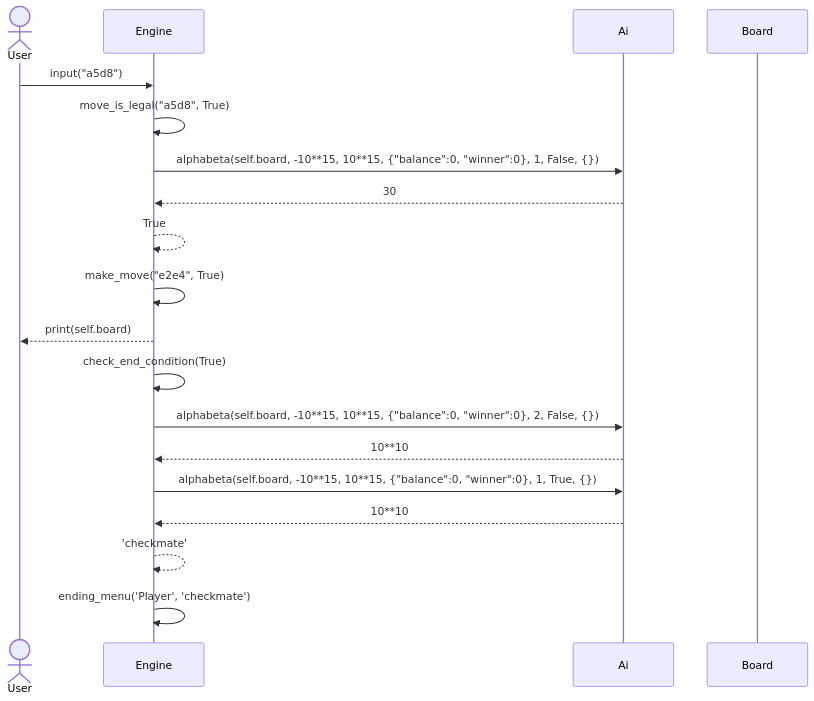
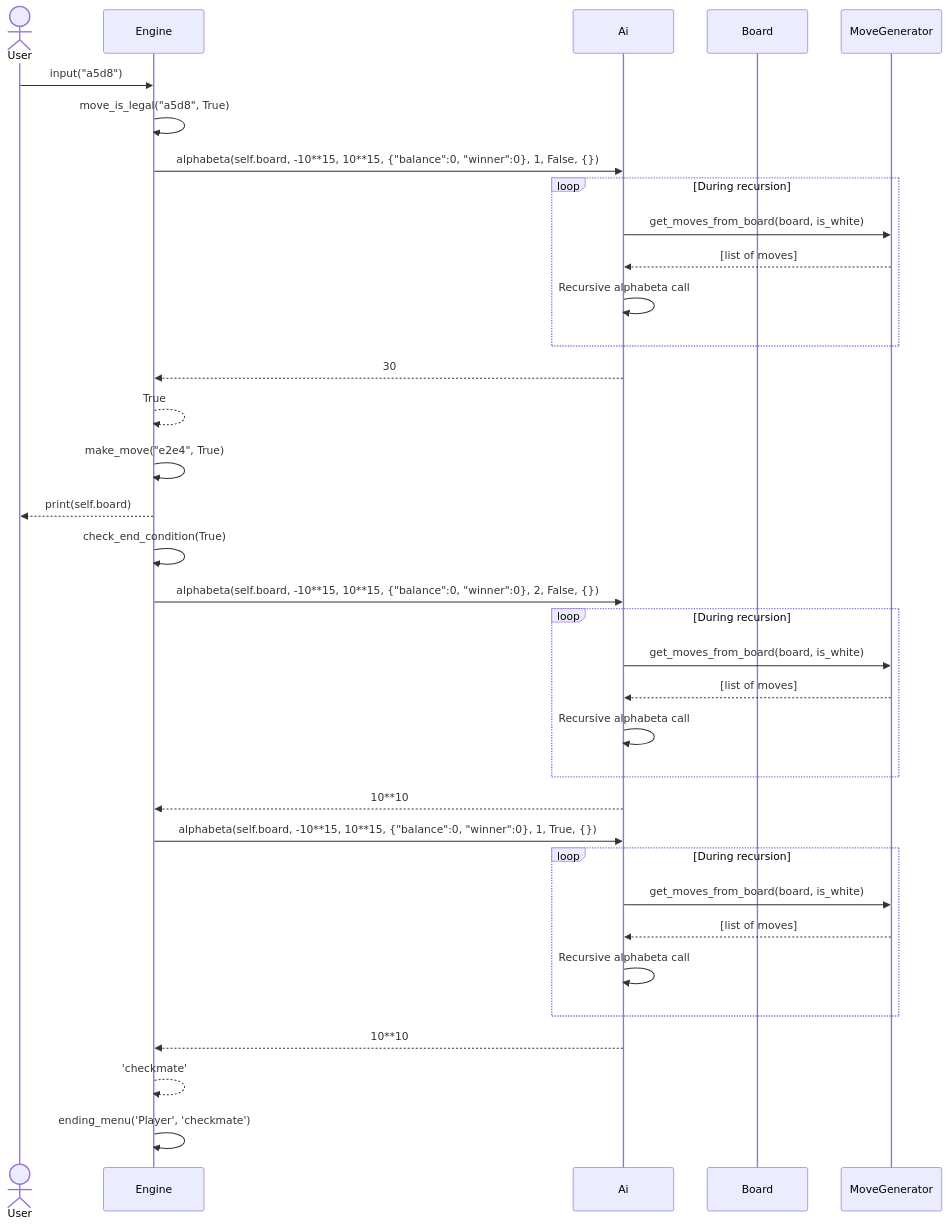
The third of 3 diagrams in documentation/implementation.md (rikumat/chess-engine), drawn with Mermaid before and after one commit. The commit also changed other lines of this file, not shown here.

````diff
--- a/documentation/implementation.md
+++ b/documentation/implementation.md
@@ -75,27 +89,44 @@
 ```mermaid
 sequenceDiagram
   actor User
   participant Engine
   participant Ai
   participant Board
 
   User ->> Engine: input("a5d8")
   Engine ->> Engine: move_is_legal("a5d8", True)
   Engine ->> Ai: alphabeta(self.board, -10**15, 10**15, {"balance":0, "winner":0}, 1, False, {})
+
+  loop During recursion
+  Ai ->> MoveGenerator: get_moves_from_board(board, is_white)
+  MoveGenerator -->> Ai: [list of moves]
+  Ai ->> Ai: Recursive alphabeta call
+  end
+
   Ai -->> Engine: 30
   Engine -->> Engine: True
   Engine ->> Engine: make_move("e2e4", True)
   Engine -->> User: print(self.board)
 
   Engine ->> Engine: check_end_condition(True)
 
   Engine ->> Ai: alphabeta(self.board, -10**15, 10**15, {"balance":0, "winner":0}, 2, False, {})
+  loop During recursion
+  Ai ->> MoveGenerator: get_moves_from_board(board, is_white)
+  MoveGenerator -->> Ai: [list of moves]
+  Ai ->> Ai: Recursive alphabeta call
+  end
   Ai -->> Engine: 10**10
 
   Engine ->> Ai: alphabeta(self.board, -10**15, 10**15, {"balance":0, "winner":0}, 1, True, {})
+  loop During recursion
+  Ai ->> MoveGenerator: get_moves_from_board(board, is_white)
+  MoveGenerator -->> Ai: [list of moves]
+  Ai ->> Ai: Recursive alphabeta call
+  end
   Ai -->> Engine: 10**10
 
   Engine -->> Engine: 'checkmate'
 
   Engine ->> Engine: ending_menu('Player', 'checkmate')
   ```
````
